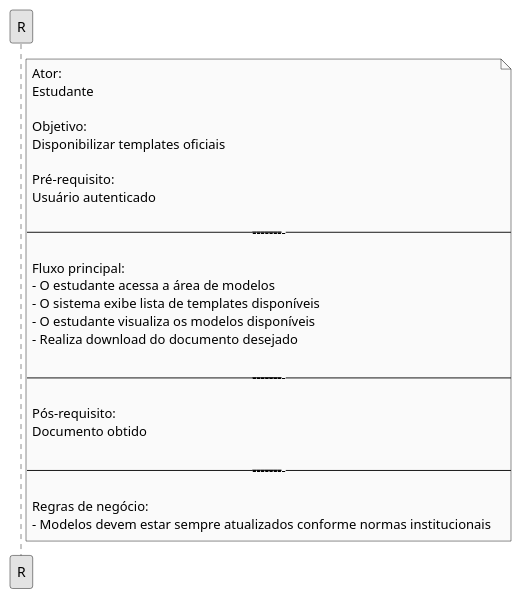
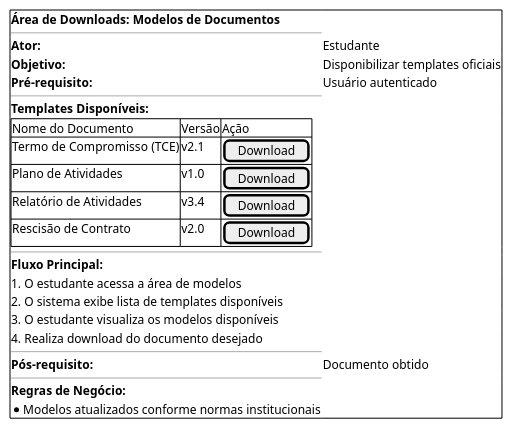
The tenth of 10 diagrams in docs/Iniciacao/prototipo_baixa_fidelidade.md (Projetos-de-Extensao/PBE_26.1_8001_VII), drawn with PlantUML before and after one commit. The commit also changed other lines of this file, not shown here.

````diff
--- a/docs/Iniciacao/prototipo_baixa_fidelidade.md
+++ b/docs/Iniciacao/prototipo_baixa_fidelidade.md
@@ -409,40 +322,31 @@
-```puml
-@startuml
-
-
-skinparam monochrome true
-skinparam shadowing false
-
-
-
-note right of R
-Ator:
-Estudante
-
-Objetivo:
-Disponibilizar templates oficiais
-
-Pré-requisito:
-Usuário autenticado
-
-----------------------------------------
-
-Fluxo principal:
-- O estudante acessa a área de modelos
-- O sistema exibe lista de templates disponíveis
-- O estudante visualiza os modelos disponíveis
-- Realiza download do documento desejado
-
-----------------------------------------
-
-Pós-requisito:
-Documento obtido
-
-----------------------------------------
-
-Regras de negócio:
-- Modelos devem estar sempre atualizados conforme normas institucionais
-end note
-
-@enduml
+```plantuml
+@startsalt
+{+
+  **Área de Downloads: Modelos de Documentos**
+  --
+  **Ator:** | Estudante
+  **Objetivo:** | Disponibilizar templates oficiais
+  **Pré-requisito:** | Usuário autenticado
+  --
+  **Templates Disponíveis:**
+  {#
+    Nome do Documento             | Versão | Ação
+    Termo de Compromisso (TCE)    | v2.1   | [ Download ]
+    Plano de Atividades           | v1.0   | [ Download ]
+    Relatório de Atividades       | v3.4   | [ Download ]
+    Rescisão de Contrato          | v2.0   | [ Download ]
+  }
+  --
+  **Fluxo Principal:**
+  1. O estudante acessa a área de modelos
+  2. O sistema exibe lista de templates disponíveis
+  3. O estudante visualiza os modelos disponíveis
+  4. Realiza download do documento desejado
+  --
+  **Pós-requisito:** | Documento obtido
+  --
+  **Regras de Negócio:**
+  * Modelos atualizados conforme normas institucionais
+}
+@endsalt
 ```
````
